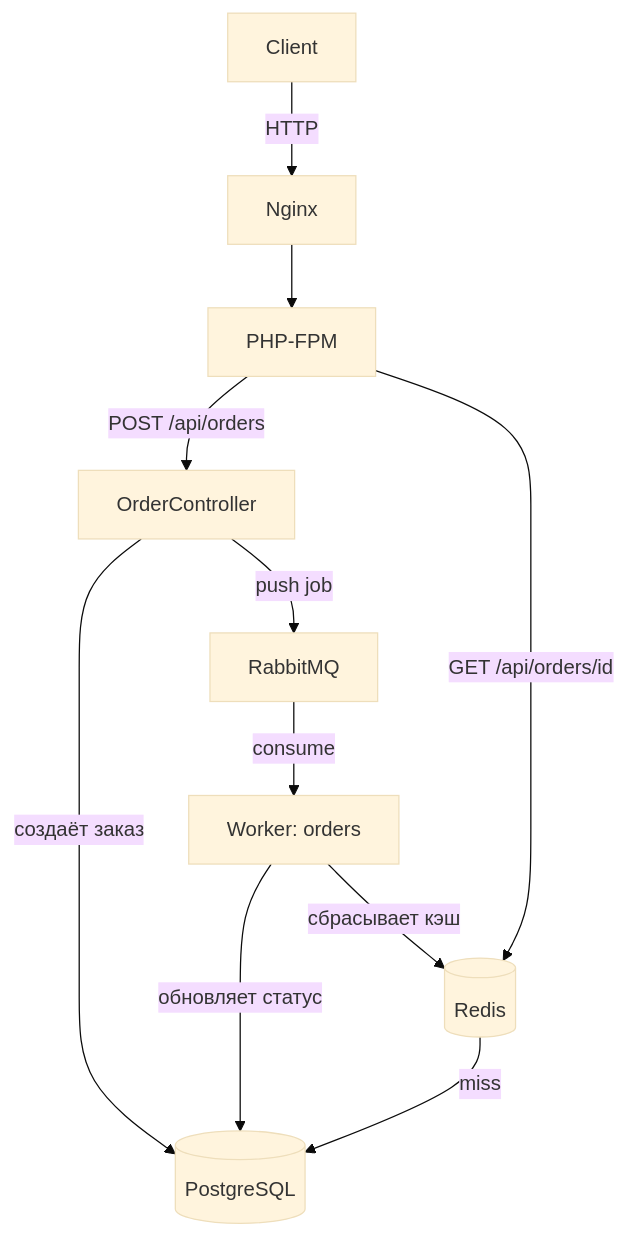
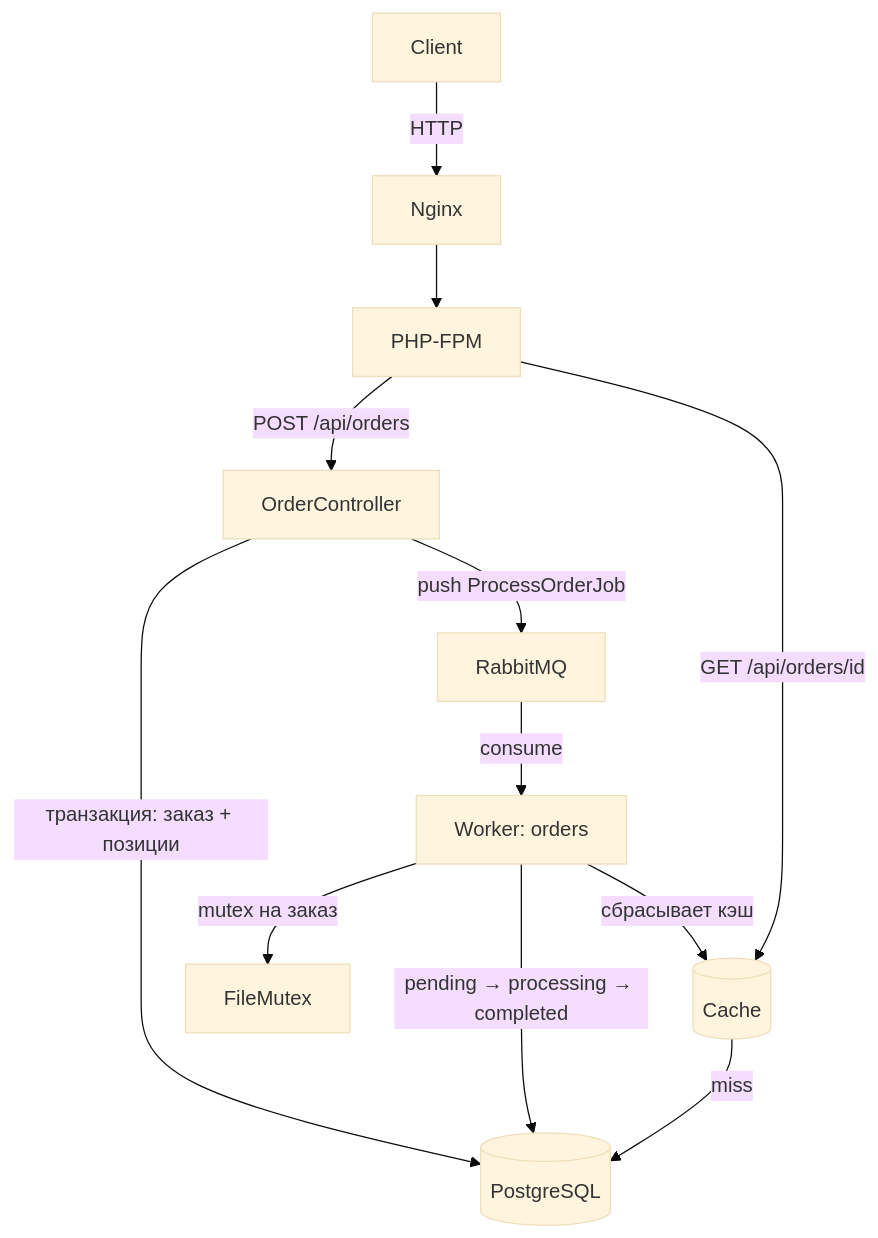
Before and after one commit to velial1108/yii2-order-flow: the diagram in README.md, drawn with Mermaid (base theme). The commit also changed other lines of this file, not shown here.

````diff
--- a/README.md
+++ b/README.md
@@ -22,13 +22,14 @@
 ```mermaid
 graph TD
     Client[Client] -->|HTTP| Nginx
     Nginx --> PHP[PHP-FPM]
     PHP -->|POST /api/orders| Controller[OrderController]
-    Controller -->|создаёт заказ| DB[(PostgreSQL)]
-    Controller -->|push job| RMQ[RabbitMQ]
+    Controller -->|транзакция: заказ + позиции| DB[(PostgreSQL)]
+    Controller -->|push ProcessOrderJob| RMQ[RabbitMQ]
     RMQ -->|consume| Worker[Worker: orders]
-    Worker -->|обновляет статус| DB
-    Worker -->|сбрасывает кэш| Redis[(Redis)]
-    PHP -->|GET /api/orders/id| Redis
-    Redis -->|miss| DB
+    Worker -->|mutex на заказ| Lock[FileMutex]
+    Worker -->|pending → processing → completed| DB
+    Worker -->|сбрасывает кэш| Cache[(Cache)]
+    PHP -->|GET /api/orders/id| Cache
+    Cache -->|miss| DB
 ```
````
